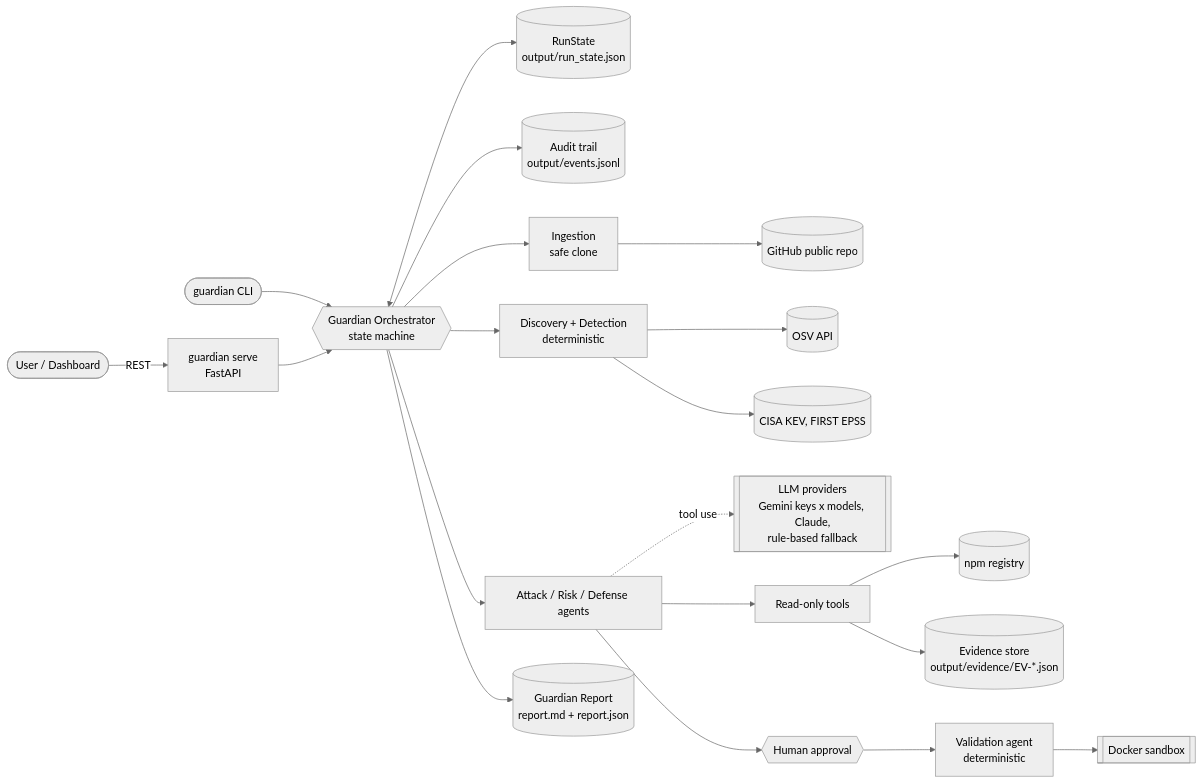
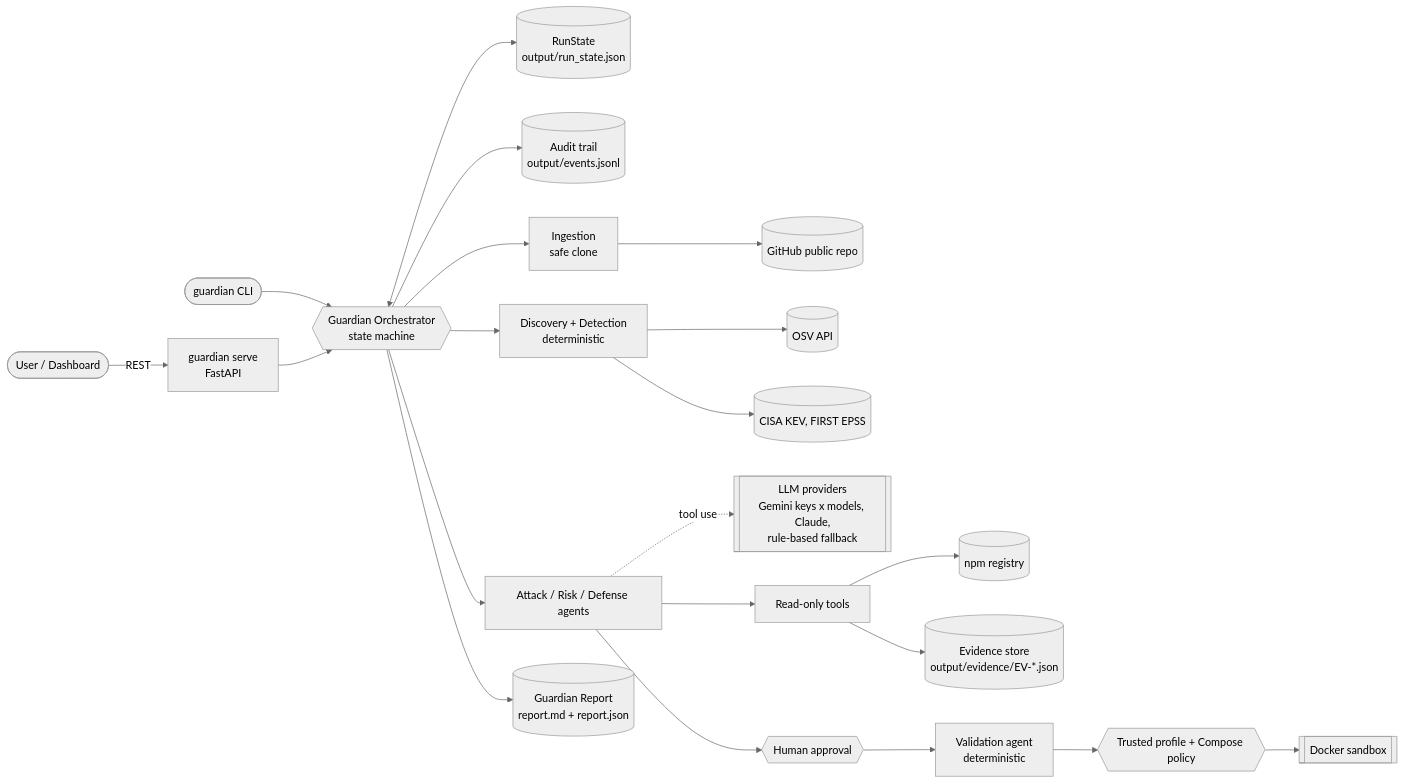
Before and after one commit to Neha-Jacob-8/supply-chain-guardian: the first of 6 diagrams in docs/architecture.md, drawn with Mermaid (neutral theme). The commit also changed other lines of this file and 27 other files, not shown here.

````diff
--- a/docs/architecture.md
+++ b/docs/architecture.md
@@ -11,22 +11,23 @@
 ```mermaid
 flowchart LR
   User([User / Dashboard]) -->|REST| API[guardian serve<br/>FastAPI]
   CLI([guardian CLI]) --> ORCH
   API --> ORCH{{Guardian Orchestrator<br/>state machine}}
   ORCH <--> STATE[(RunState<br/>output/run_state.json)]
   ORCH --> AUDIT[(Audit trail<br/>output/events.jsonl)]
   ORCH --> ING[Ingestion<br/>safe clone]
   ING --> GH[(GitHub public repo)]
   ORCH --> DISC[Discovery + Detection<br/>deterministic]
   DISC --> OSV[(OSV API)]
   DISC --> INTEL[(CISA KEV, FIRST EPSS)]
   ORCH --> AGENTS[Attack / Risk / Defense agents]
   AGENTS -.->|tool use| LLM[[LLM providers<br/>Gemini keys x models, Claude,<br/>rule-based fallback]]
   AGENTS --> TOOLS[Read-only tools]
   TOOLS --> REG[(npm registry)]
   TOOLS --> EVID[(Evidence store<br/>output/evidence/EV-*.json)]
   AGENTS --> GATE{{Human approval}}
   GATE --> VAL[Validation agent<br/>deterministic]
-  VAL --> DOCKER[[Docker sandbox]]
+  VAL --> POLICY{{Trusted profile + Compose policy}}
+  POLICY --> DOCKER[[Docker sandbox]]
   ORCH --> REP[(Guardian Report<br/>report.md + report.json)]
 ```
````
